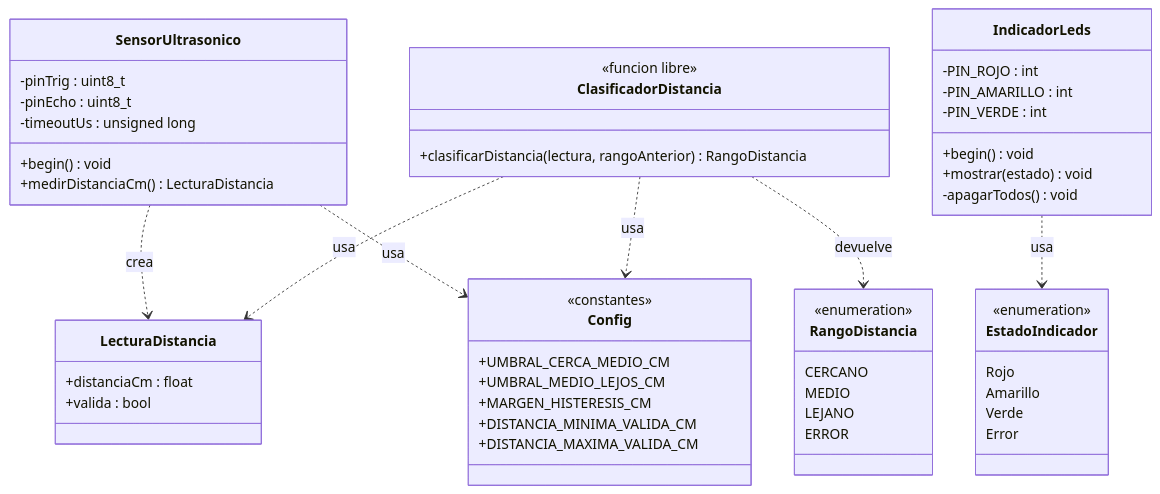
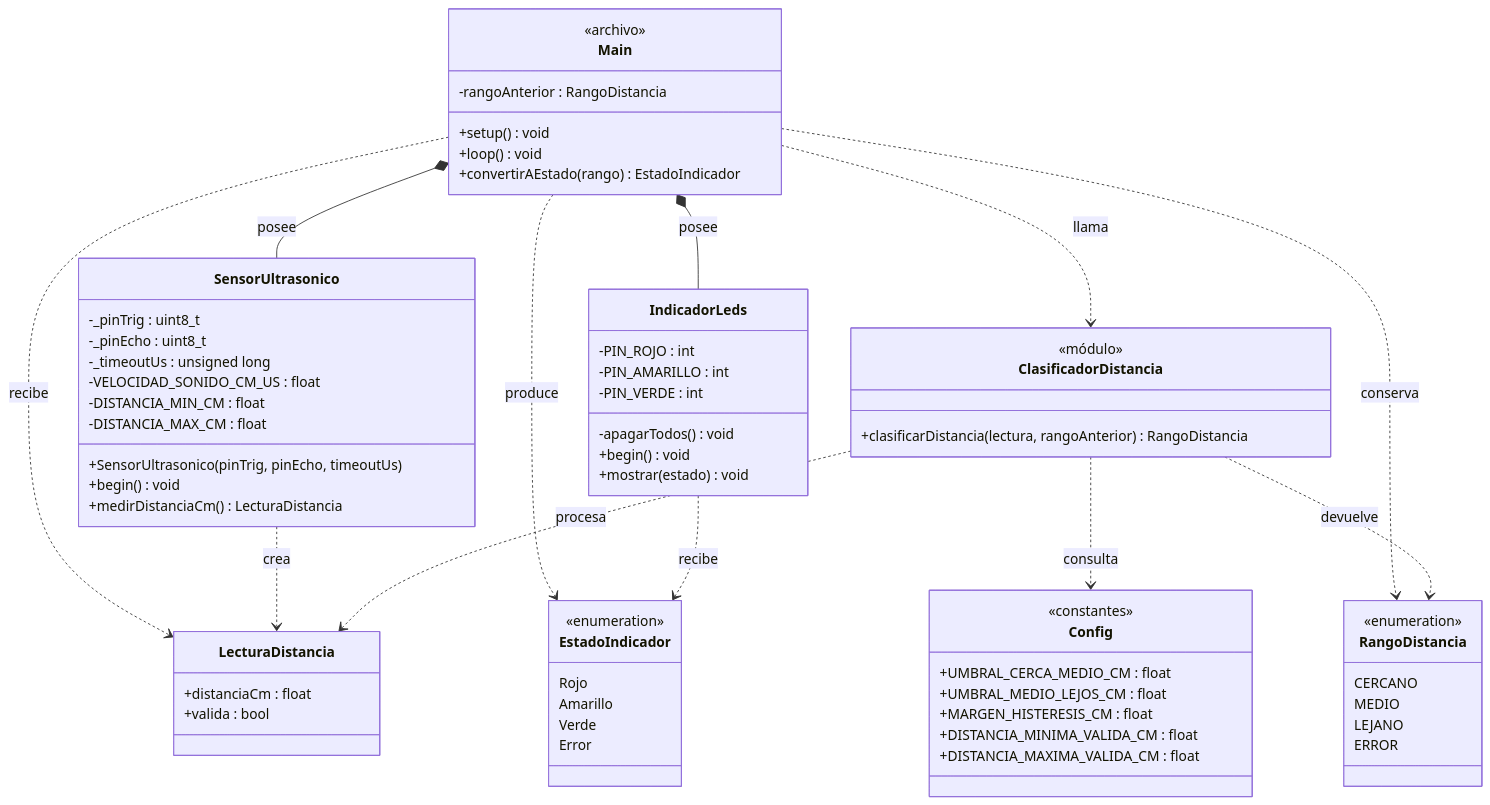
One commit to Ruben-Cordero/IoT-LEDs changed the third of 5 diagrams in doc/informe.md. Above: the diagram before and after it, drawn with Mermaid. The commit also changed other lines of this file and 1 other file, not shown here.

````diff
--- a/doc/informe.md
+++ b/doc/informe.md
@@ -177,61 +176,78 @@
-```mermaid
+~~~mermaid
 classDiagram
-    class Config {
-        <<constantes>>
-        +UMBRAL_CERCA_MEDIO_CM
-        +UMBRAL_MEDIO_LEJOS_CM
-        +MARGEN_HISTERESIS_CM
-        +DISTANCIA_MINIMA_VALIDA_CM
-        +DISTANCIA_MAXIMA_VALIDA_CM
+    class Main {
+        <<archivo>>
+        +setup() void
+        +loop() void
+        +convertirAEstado(rango) EstadoIndicador
+        -rangoAnterior : RangoDistancia
+    }
+
+    class SensorUltrasonico {
+        -_pinTrig : uint8_t
+        -_pinEcho : uint8_t
+        -_timeoutUs : unsigned long
+        -VELOCIDAD_SONIDO_CM_US : float
+        -DISTANCIA_MIN_CM : float
+        -DISTANCIA_MAX_CM : float
+        +SensorUltrasonico(pinTrig, pinEcho, timeoutUs)
+        +begin() void
+        +medirDistanciaCm() LecturaDistancia
     }
 
     class LecturaDistancia {
         +distanciaCm : float
         +valida : bool
+    }
+
+    class ClasificadorDistancia {
+        <<módulo>>
+        +clasificarDistancia(lectura, rangoAnterior) RangoDistancia
+    }
+
+    class Config {
+        <<constantes>>
+        +UMBRAL_CERCA_MEDIO_CM : float
+        +UMBRAL_MEDIO_LEJOS_CM : float
+        +MARGEN_HISTERESIS_CM : float
+        +DISTANCIA_MINIMA_VALIDA_CM : float
+        +DISTANCIA_MAXIMA_VALIDA_CM : float
     }
 
     class RangoDistancia {
         <<enumeration>>
         CERCANO
         MEDIO
         LEJANO
         ERROR
     }
 
+    class IndicadorLeds {
+        -PIN_ROJO : int
+        -PIN_AMARILLO : int
+        -PIN_VERDE : int
+        -apagarTodos() void
+        +begin() void
+        +mostrar(estado) void
+    }
+
     class EstadoIndicador {
         <<enumeration>>
         Rojo
         Amarillo
         Verde
         Error
     }
 
-    class SensorUltrasonico {
-        -pinTrig : uint8_t
-        -pinEcho : uint8_t
-        -timeoutUs : unsigned long
-        +begin() void
-        +medirDistanciaCm() LecturaDistancia
-    }
-
-    class ClasificadorDistancia {
-        <<funcion libre>>
-        +clasificarDistancia(lectura, rangoAnterior) RangoDistancia
-    }
-
-    class IndicadorLeds {
-        -PIN_ROJO : int
-        -PIN_AMARILLO : int
-        -PIN_VERDE : int
-        +begin() void
-        +mostrar(estado) void
-        -apagarTodos() void
-    }
-
+    Main *-- SensorUltrasonico : posee
+    Main *-- IndicadorLeds : posee
+    Main ..> LecturaDistancia : recibe
+    Main ..> ClasificadorDistancia : llama
+    Main ..> RangoDistancia : conserva
+    Main ..> EstadoIndicador : produce
     SensorUltrasonico ..> LecturaDistancia : crea
-    ClasificadorDistancia ..> LecturaDistancia : usa
+    ClasificadorDistancia ..> LecturaDistancia : procesa
+    ClasificadorDistancia ..> Config : consulta
     ClasificadorDistancia ..> RangoDistancia : devuelve
-    IndicadorLeds ..> EstadoIndicador : usa
-    SensorUltrasonico ..> Config : usa
-    ClasificadorDistancia ..> Config : usa
-```
+    IndicadorLeds ..> EstadoIndicador : recibe
+~~~
````
